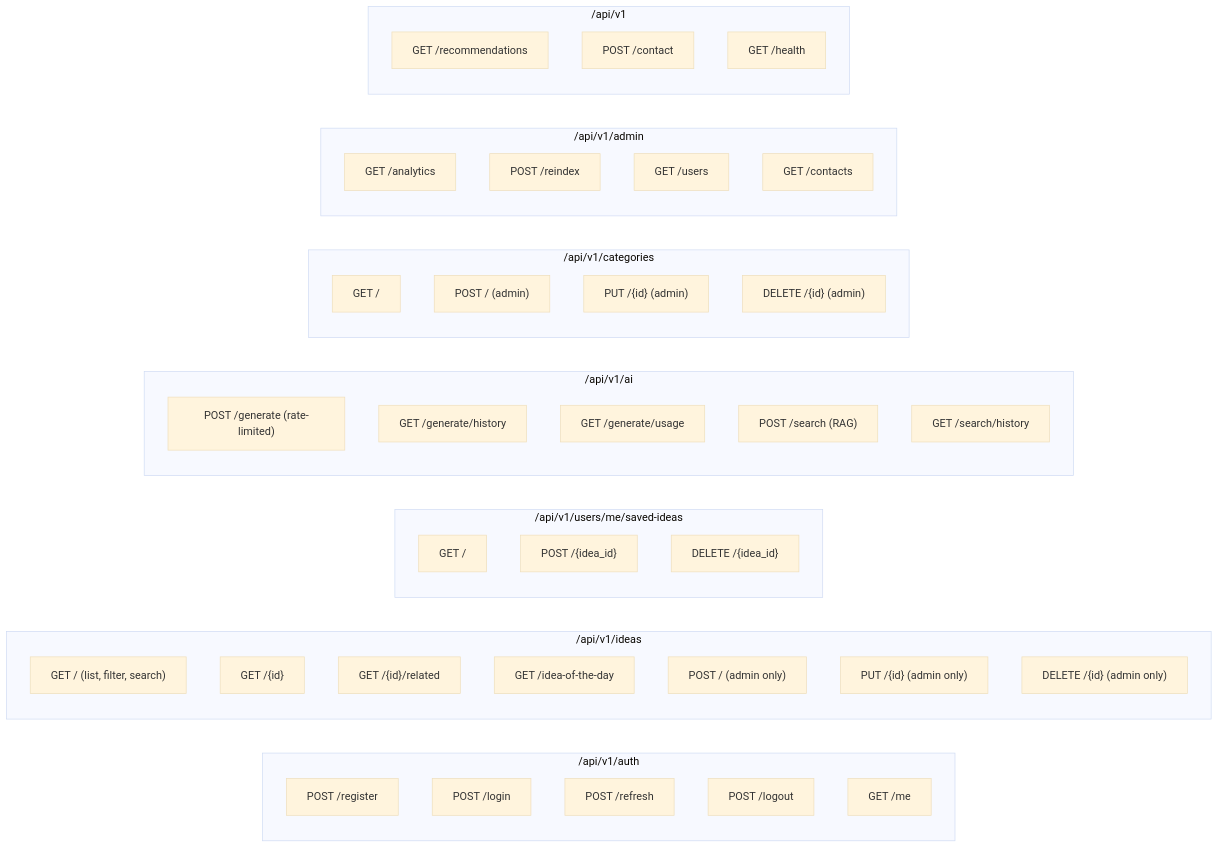
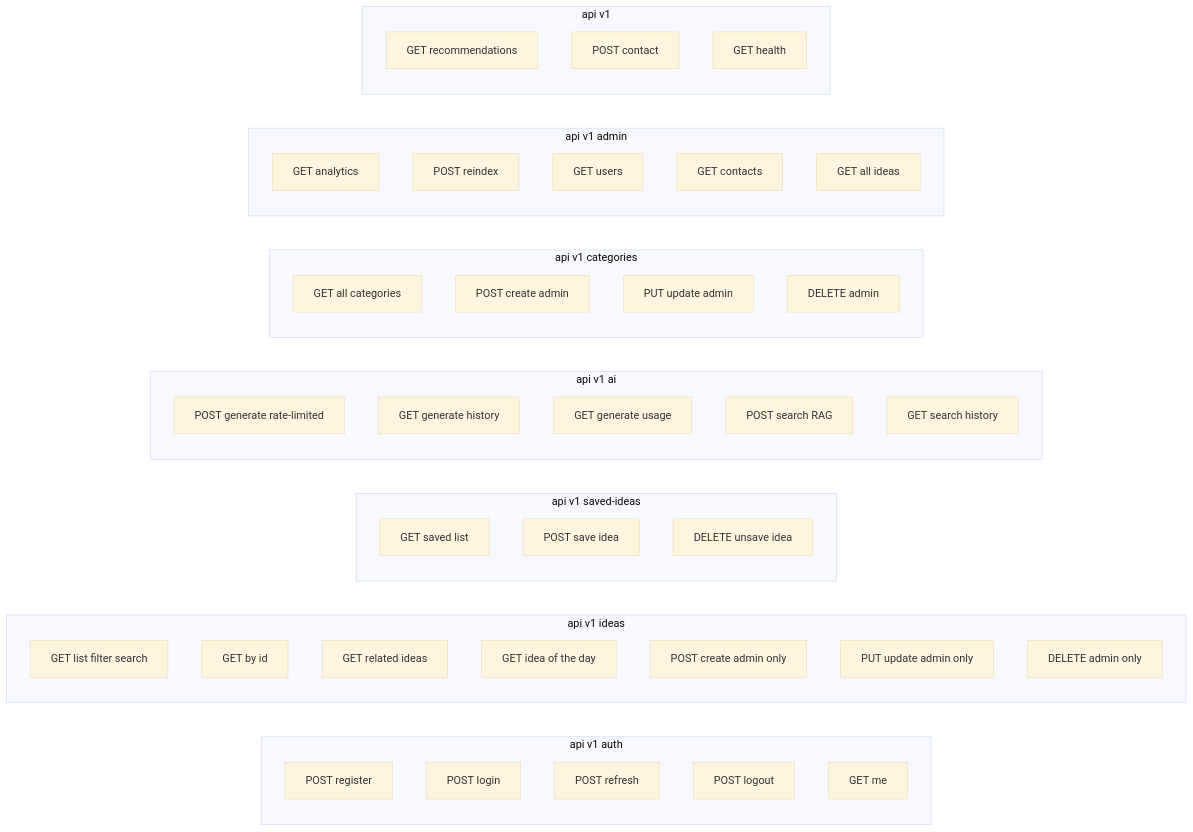
One commit to ramakrishnabalijepally-del/IdeaForge changed the fourth of 10 diagrams in docs/Architecture.md. Above: the diagram before and after it, drawn with Mermaid (base theme). The commit also changed other lines of this file, not shown here.

First line of the commit message:
Fix all Mermaid diagrams in Architecture.md for GitHub compatibility

````diff
--- a/docs/Architecture.md
+++ b/docs/Architecture.md
@@ -134,54 +133,55 @@
 ```mermaid
 graph LR
-    subgraph Auth["/api/v1/auth"]
-        A1["POST /register"]
-        A2["POST /login"]
-        A3["POST /refresh"]
-        A4["POST /logout"]
-        A5["GET /me"]
+    subgraph Auth[api v1 auth]
+        A1[POST register]
+        A2[POST login]
+        A3[POST refresh]
+        A4[POST logout]
+        A5[GET me]
     end
 
-    subgraph Ideas["/api/v1/ideas"]
-        I1["GET / (list, filter, search)"]
-        I2["GET /{id}"]
-        I3["GET /{id}/related"]
-        I4["GET /idea-of-the-day"]
-        I5["POST / (admin only)"]
-        I6["PUT /{id} (admin only)"]
-        I7["DELETE /{id} (admin only)"]
+    subgraph Ideas[api v1 ideas]
+        I1[GET list filter search]
+        I2[GET by id]
+        I3[GET related ideas]
+        I4[GET idea of the day]
+        I5[POST create admin only]
+        I6[PUT update admin only]
+        I7[DELETE admin only]
     end
 
-    subgraph Saved["/api/v1/users/me/saved-ideas"]
-        S1["GET /"]
-        S2["POST /{idea_id}"]
-        S3["DELETE /{idea_id}"]
+    subgraph Saved[api v1 saved-ideas]
+        S1[GET saved list]
+        S2[POST save idea]
+        S3[DELETE unsave idea]
     end
 
-    subgraph AI["/api/v1/ai"]
-        AI1["POST /generate (rate-limited)"]
-        AI2["GET /generate/history"]
-        AI3["GET /generate/usage"]
-        AI4["POST /search (RAG)"]
-        AI5["GET /search/history"]
+    subgraph AI[api v1 ai]
+        AI1[POST generate rate-limited]
+        AI2[GET generate history]
+        AI3[GET generate usage]
+        AI4[POST search RAG]
+        AI5[GET search history]
     end
 
-    subgraph Cats["/api/v1/categories"]
-        C1["GET /"]
-        C2["POST / (admin)"]
-        C3["PUT /{id} (admin)"]
-        C4["DELETE /{id} (admin)"]
+    subgraph Cats[api v1 categories]
+        C1[GET all categories]
+        C2[POST create admin]
+        C3[PUT update admin]
+        C4[DELETE admin]
     end
 
-    subgraph AdminR["/api/v1/admin"]
-        AD1["GET /analytics"]
-        AD2["POST /reindex"]
-        AD3["GET /users"]
-        AD4["GET /contacts"]
+    subgraph AdminR[api v1 admin]
+        AD1[GET analytics]
+        AD2[POST reindex]
+        AD3[GET users]
+        AD4[GET contacts]
+        AD5[GET all ideas]
     end
 
-    subgraph Other["/api/v1"]
-        O1["GET /recommendations"]
-        O2["POST /contact"]
-        O3["GET /health"]
+    subgraph Other[api v1]
+        O1[GET recommendations]
+        O2[POST contact]
+        O3[GET health]
     end
 ```
````
